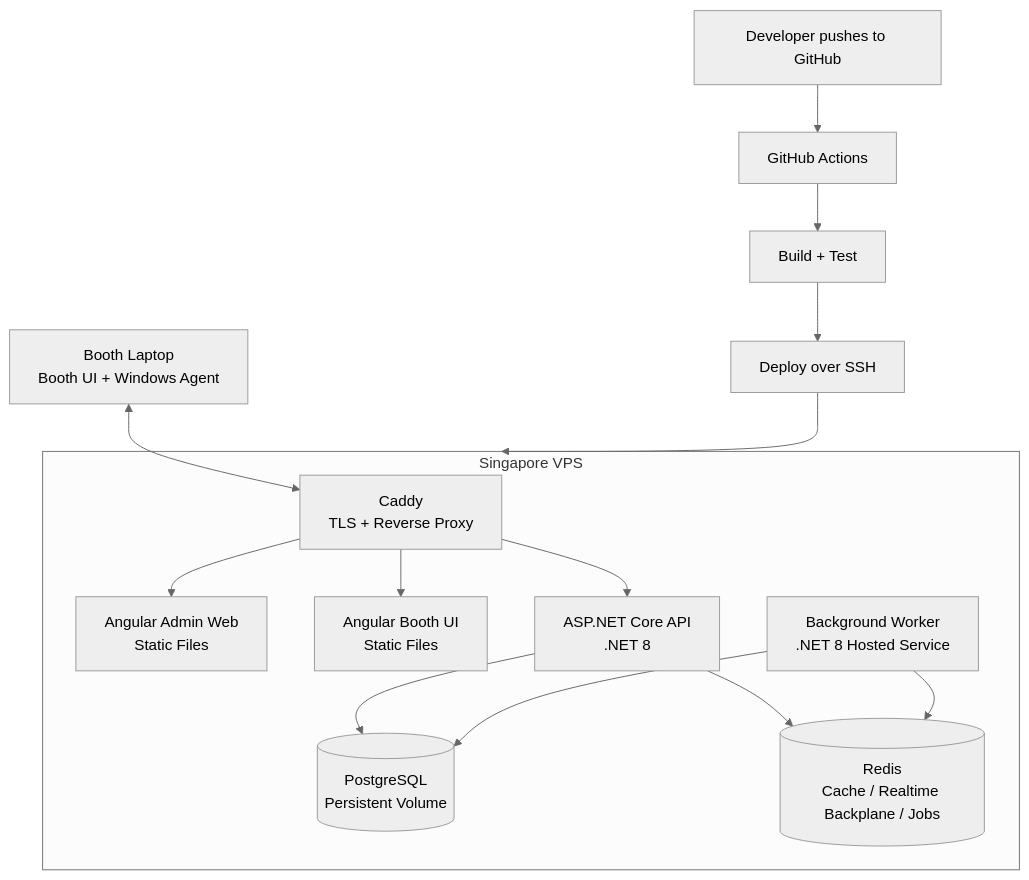
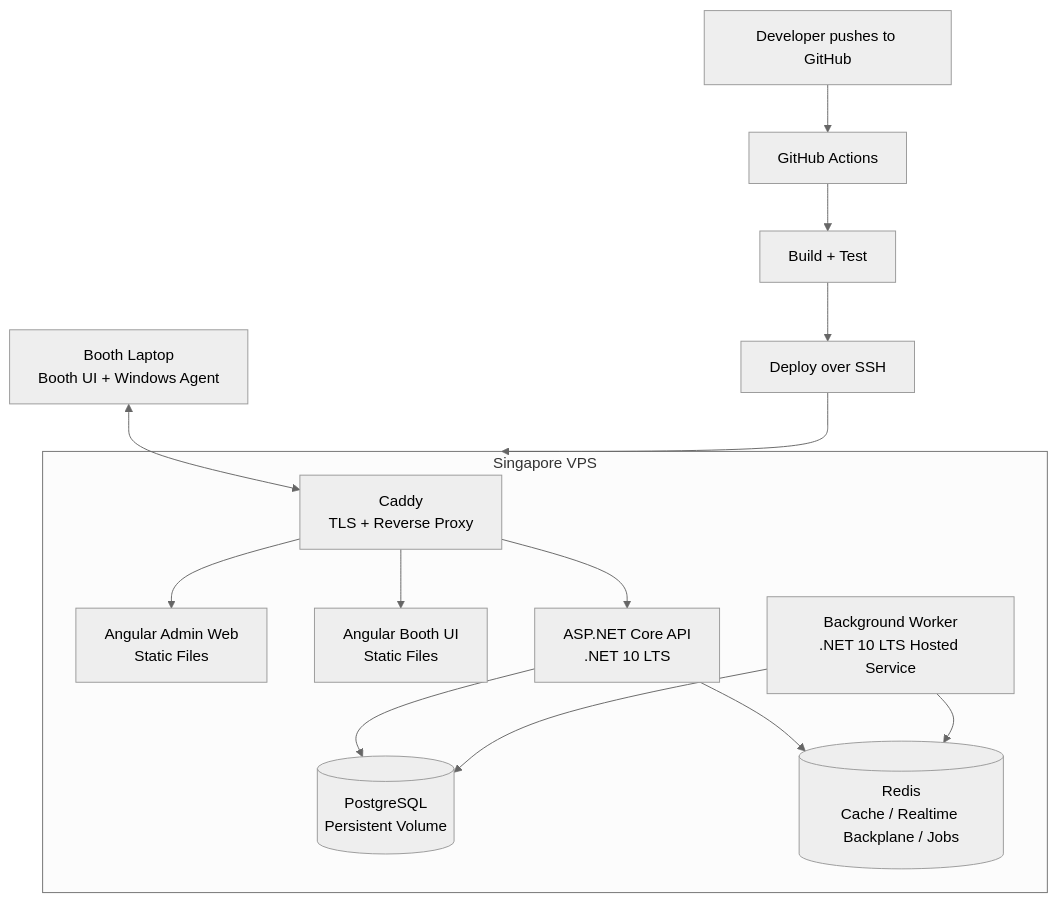
One commit to quinjan/PhotoBIZ changed the diagram in docs/DEPLOYMENT.md. Above: the diagram before and after it, drawn with Mermaid (neutral theme). The commit also changed 73 other files, not shown here.

````diff
--- a/docs/DEPLOYMENT.md
+++ b/docs/DEPLOYMENT.md
@@ -55,28 +55,28 @@
 ```mermaid
 flowchart TB
   Dev["Developer pushes to GitHub"] --> GHA["GitHub Actions"]
   GHA --> Test["Build + Test"]
   Test --> Deploy["Deploy over SSH"]
 
   Deploy --> VPS["Singapore VPS"]
 
   subgraph VPS["Singapore VPS"]
     Proxy["Caddy<br/>TLS + Reverse Proxy"]
     Admin["Angular Admin Web<br/>Static Files"]
     Booth["Angular Booth UI<br/>Static Files"]
-    API["ASP.NET Core API<br/>.NET 8"]
-    Worker["Background Worker<br/>.NET 8 Hosted Service"]
+    API["ASP.NET Core API<br/>.NET 10 LTS"]
+    Worker["Background Worker<br/>.NET 10 LTS Hosted Service"]
     DB[("PostgreSQL<br/>Persistent Volume")]
     Redis[("Redis<br/>Cache / Realtime Backplane / Jobs")]
   end
 
   Proxy --> Admin
   Proxy --> Booth
   Proxy --> API
   API --> DB
   API --> Redis
   Worker --> DB
   Worker --> Redis
 
   BoothLaptop["Booth Laptop<br/>Booth UI + Windows Agent"] <--> Proxy
 ```
````
